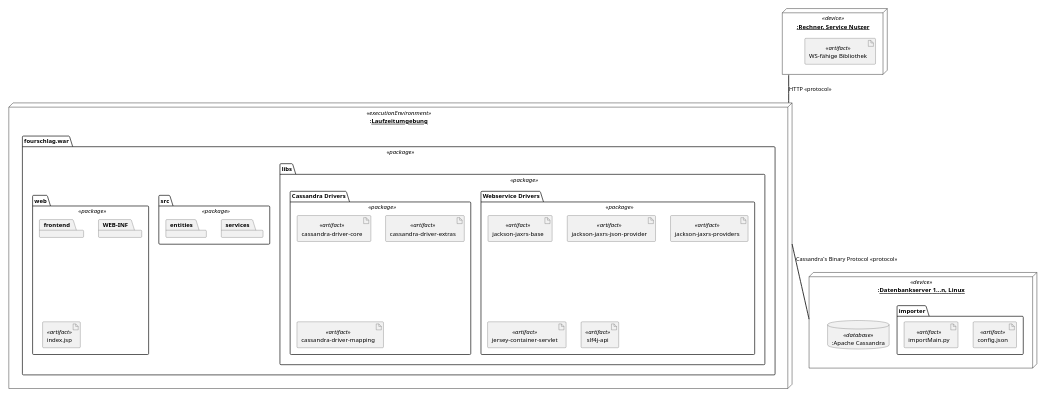
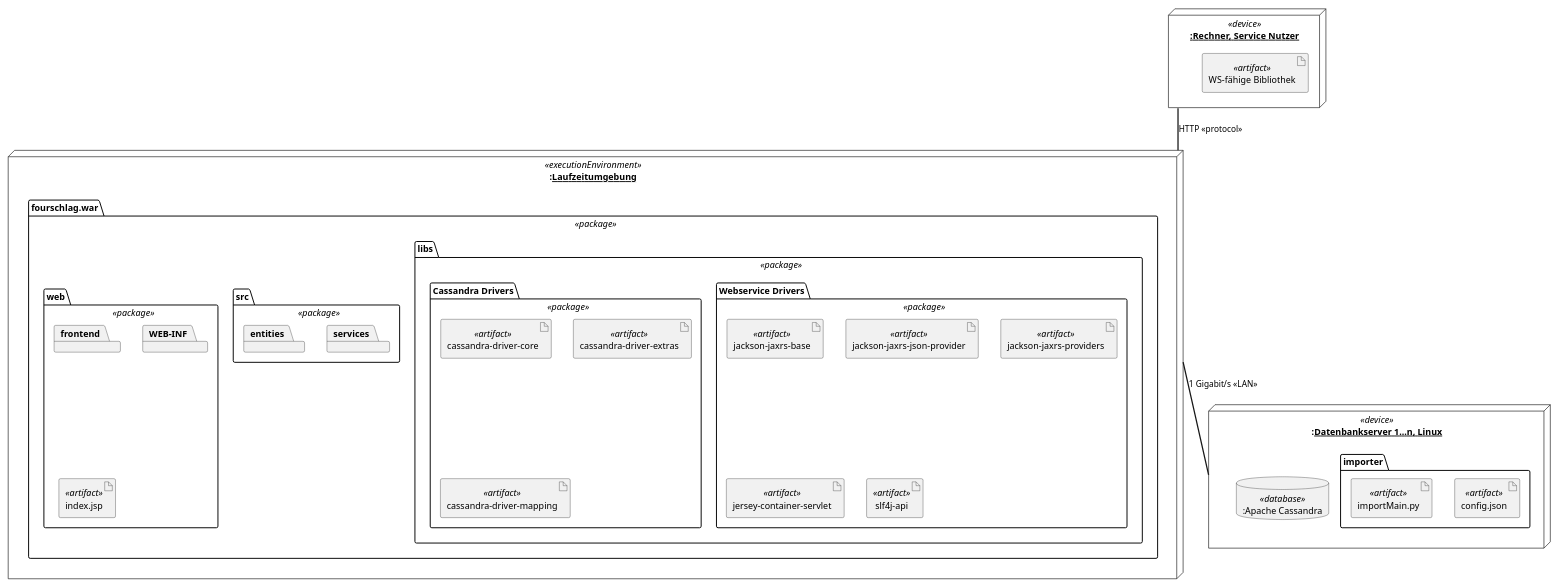
One commit to wagnst/forecast-cassandra changed the diagram in diagrams/deployment/deployment_diagram_layer-2.puml. Above: the diagram before and after it, drawn with PlantUML. The commit also changed 1 other file, not shown here.

```diff
--- a/diagrams/deployment/deployment_diagram_layer-2.puml
+++ b/diagrams/deployment/deployment_diagram_layer-2.puml
@@ -1,61 +1,61 @@
 @startuml
 
-scale 0.5
+scale 0.75
 
 node ":__Laufzeitumgebung__" as LZ <<executionEnvironment>> {
 
     package "fourschlag.war" <<package>>{
 
         'package "jmeter"{
         '   artifact "FourschlagTest.jmx" <<artifact>>
         '}
 
         package "libs" <<package>>{
 
             package "Webservice Drivers" <<package>>{
                 artifact "jackson-jaxrs-base" <<artifact>>
                 artifact "jackson-jaxrs-json-provider" <<artifact>>
                 artifact "jackson-jaxrs-providers" <<artifact>>
                 artifact "jersey-container-servlet" <<artifact>>
                 artifact "slf4j-api" <<artifact>>
             }
 
             package "Cassandra Drivers" <<package>>{
                 artifact "cassandra-driver-core" <<artifact>>
                 artifact "cassandra-driver-extras" <<artifact>>
                 artifact "cassandra-driver-mapping" <<artifact>>
             }
         }
 
         package "src" <<package>>{
             package "services"
             package "entities"
 
         }
 
         package "web" <<package>>{
             package "frontend"
             package "WEB-INF"
             artifact "index.jsp" <<artifact>>
         }
     }
 }
 
 node "__:Rechner, Service Nutzer__" as N2 <<device>>{
 
         artifact "WS-fähige Bibliothek" <<artifact>>
  }
 
 node ":__Datenbankserver 1...n, Linux__" as N1 <<device>>{
 
     package "importer"{
         artifact "config.json" <<artifact>>
         artifact "importMain.py" <<artifact>>
     }
     database ":Apache Cassandra" as Cassandra <<database>>
 }
 
-LZ == N1: Cassandra´s Binary Protocol <<protocol>>
+LZ == N1: 1 Gigabit/s <<LAN>>
 LZ =up= N2: HTTP <<protocol>>
 
 @enduml
```
